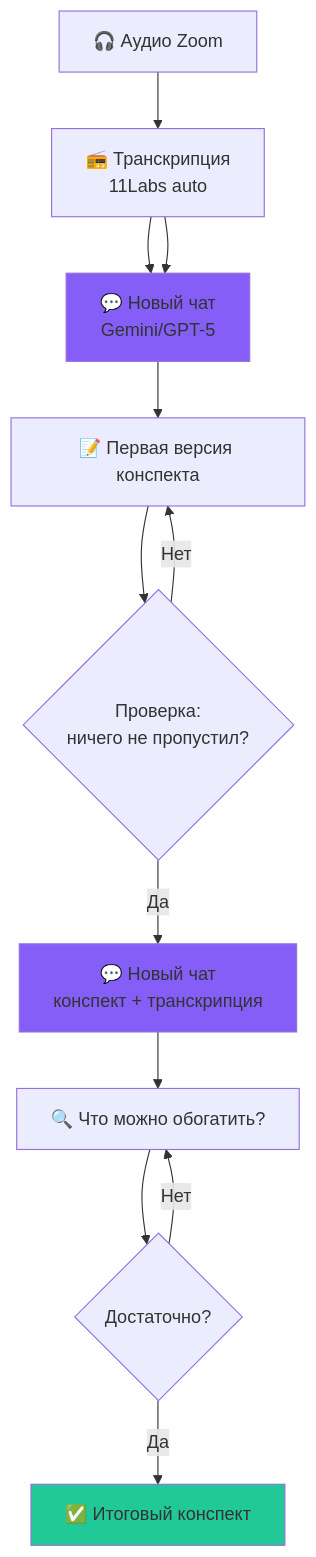
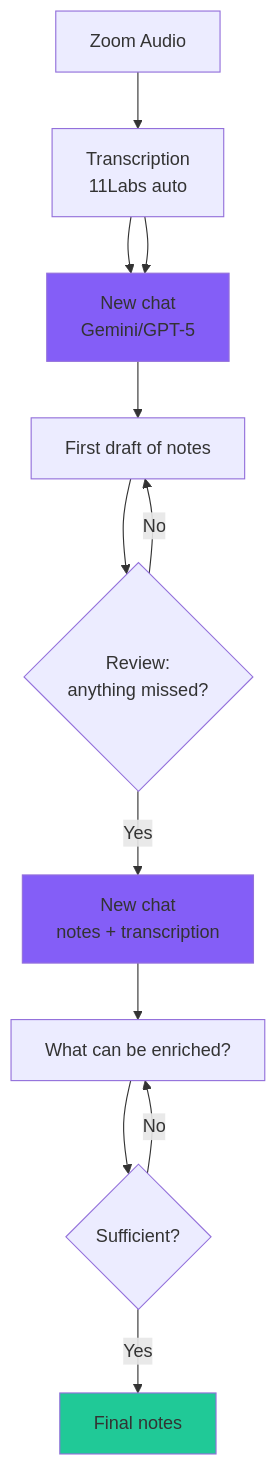
One commit to ad3002/masters-course-2025-vibe-coding changed the second of 3 diagrams in materials/behind-the-scenes.md. Above: the diagram before and after it, drawn with Mermaid. The commit also changed other lines of this file, not shown here.

````diff
--- a/materials/behind-the-scenes.md
+++ b/materials/behind-the-scenes.md
@@ -130,18 +130,18 @@
 ```mermaid
 graph TD
-    A[🎧 Аудио Zoom] --> B[📻 Транскрипция<br/>11Labs auto]
-    B --> C1[💬 Новый чат<br/>Gemini/GPT-5]
+    A[Zoom Audio] --> B[Transcription<br/>11Labs auto]
+    B --> C1[New chat<br/>Gemini/GPT-5]
     B --> C1
-    C1 --> D1[📝 Первая версия конспекта]
-    D1 --> E1{Проверка:<br/>ничего не пропустил?}
-    E1 --> |Нет| D1
-    E1 --> |Да| C2[💬 Новый чат<br/>конспект + транскрипция]
-    C2 --> D2[🔍 Что можно обогатить?]
-    D2 --> E2{Достаточно?}
-    E2 --> |Нет| D2
-    E2 --> |Да| F[✅ Итоговый конспект]
+    C1 --> D1[First draft of notes]
+    D1 --> E1{Review:<br/>anything missed?}
+    E1 --> |No| D1
+    E1 --> |Yes| C2[New chat<br/>notes + transcription]
+    C2 --> D2[What can be enriched?]
+    D2 --> E2{Sufficient?}
+    E2 --> |No| D2
+    E2 --> |Yes| F[Final notes]
 
     style C1 fill:#845ef7
     style C2 fill:#845ef7
     style F fill:#20c997
 ```
````
